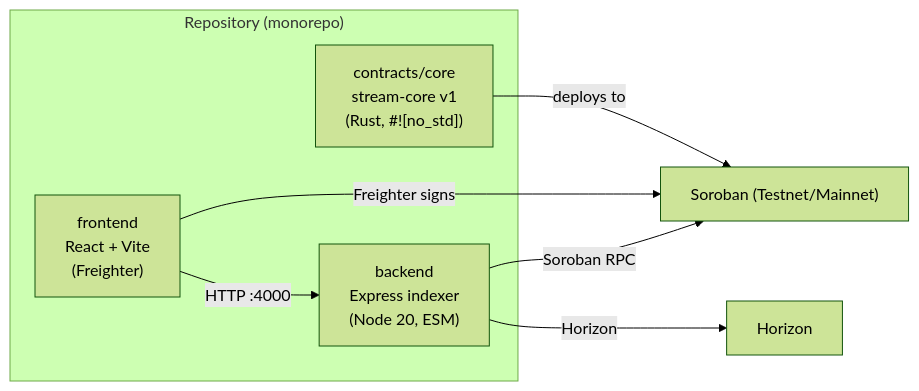
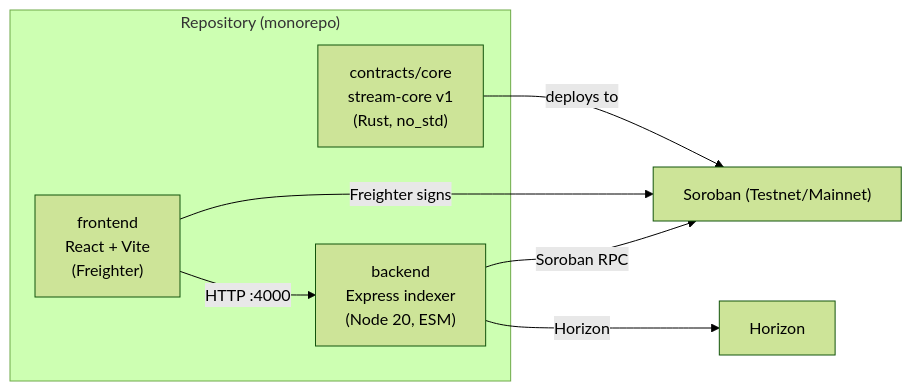
The second of 3 diagrams in docs/architecture.md (SorobanStream-Network/stellar-stream-pay), drawn with Mermaid (forest theme) before and after one commit. The commit also changed other lines of this file and 1 other file, not shown here.

Commit message:
Fix Mermaid diagram rendering in architecture docs
Replace characters that break Mermaid parsing (the #! entity marker and
the Unicode arrow inside a sequence-diagram message) and link the full
C4-style architecture doc from the README.

````diff
--- a/docs/architecture.md
+++ b/docs/architecture.md
@@ -53,14 +53,14 @@
 ```mermaid
 flowchart LR
     subgraph repo["Repository (monorepo)"]
-        CORE["contracts/core<br/>stream-core v1<br/>(Rust, #![no_std])"]
+        CORE["contracts/core<br/>stream-core v1<br/>(Rust, no_std)"]
         API["backend<br/>Express indexer<br/>(Node 20, ESM)"]
         DAPP["frontend<br/>React + Vite<br/>(Freighter)"]
     end
 
     CORE -->|deploys to| CHAIN["Soroban (Testnet/Mainnet)"]
     DAPP -->|Freighter signs| CHAIN
     DAPP -->|HTTP :4000| API
     API -->|Soroban RPC| CHAIN
     API -->|Horizon| HORIZON["Horizon"]
 ```
````
